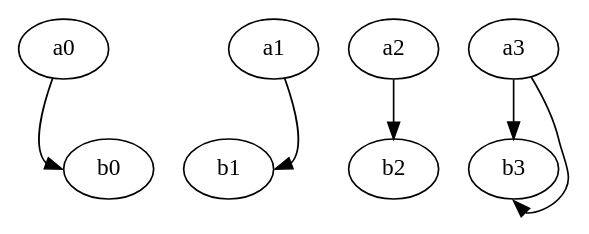
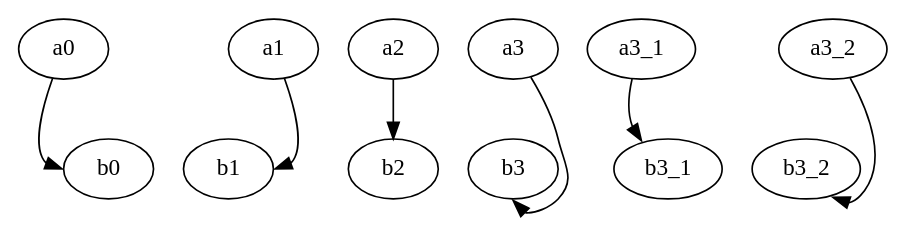
One commit to sisyphus1212/note changed the eighth of 11 diagrams in other/graphviz.md. Above: the diagram before and after it, drawn with Graphviz.

Commit message:
auto_update

````diff
--- a/other/graphviz.md
+++ b/other/graphviz.md
@@ -99,9 +99,10 @@
 ```graphviz
 digraph G {
     a0 -> b0:w;
     a1 -> b1:e;
     a2 -> b2:n;
     a3 -> b3:s;
-    a3 -> b3:sn;
+    a3_1 -> b3_1:nw;
+    a3_2 -> b3_2:se;
 }
 ```
````
